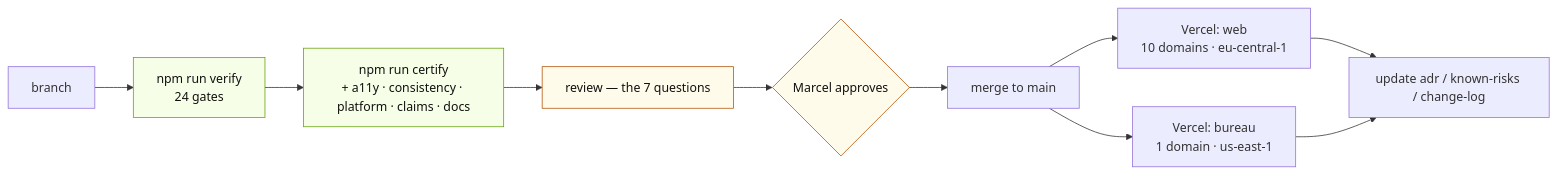
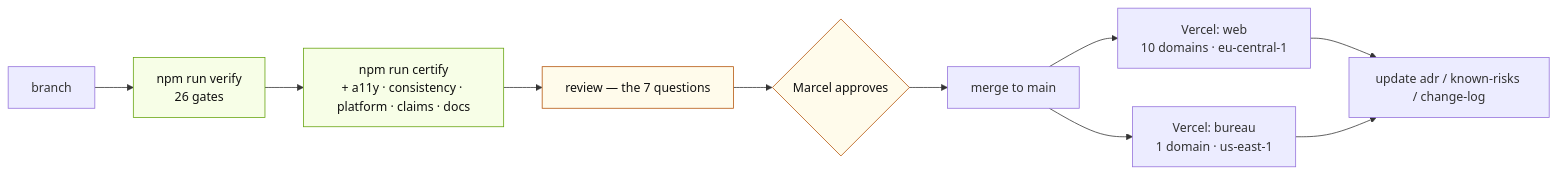
Before and after one commit to buddy1974/maxpromo.digital: the eighth of 10 diagrams in docs/architecture/diagrams.md, drawn with Mermaid. The commit also changed 49 other files, not shown here.

````diff
--- a/docs/architecture/diagrams.md
+++ b/docs/architecture/diagrams.md
@@ -276,19 +276,19 @@
 ```mermaid
 flowchart LR
-  BR["branch"] --> V["npm run verify<br/>24 gates"]
+  BR["branch"] --> V["npm run verify<br/>26 gates"]
   V --> C["npm run certify<br/>+ a11y · consistency · platform · claims · docs"]
   C --> REV["review — the 7 questions"]
   REV --> APP{"Marcel approves"}
   APP --> MERGE["merge to main"]
 
   MERGE --> VW["Vercel: web<br/>10 domains · eu-central-1"]
   MERGE --> VB["Vercel: bureau<br/>1 domain · us-east-1"]
 
   VW --> DOC["update adr / known-risks / change-log"]
   VB --> DOC
 
   classDef gate fill:#F7FEE7,stroke:#65A30D,color:#111111
   classDef human fill:#FFFBEB,stroke:#B45309,color:#111111
   class V,C gate
   class REV,APP human
 ```
````
